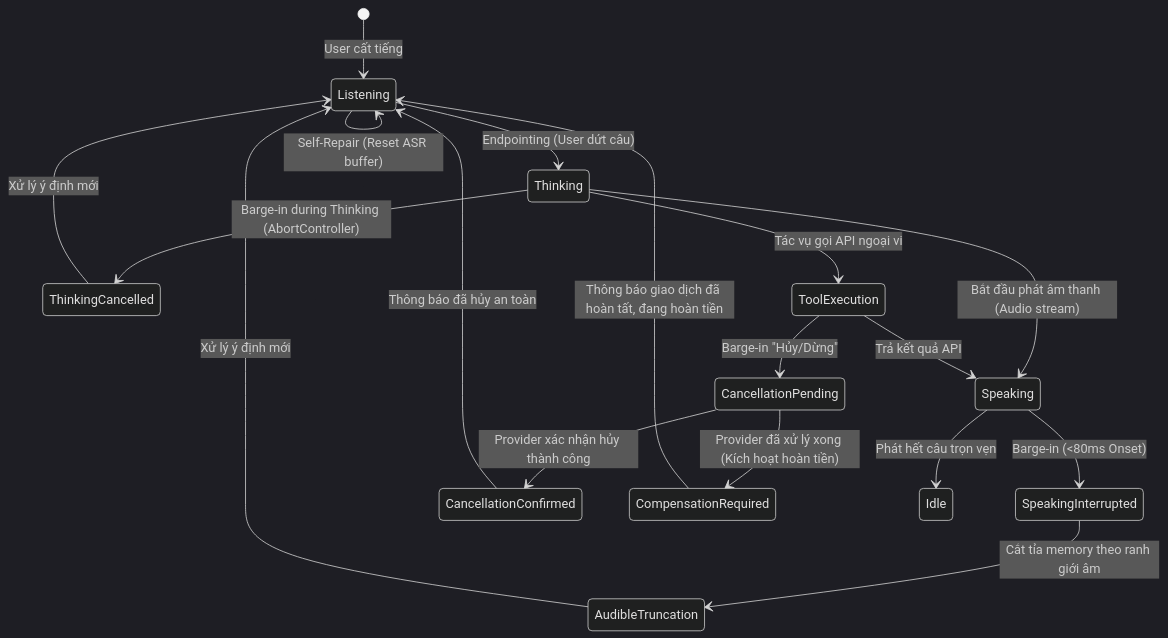
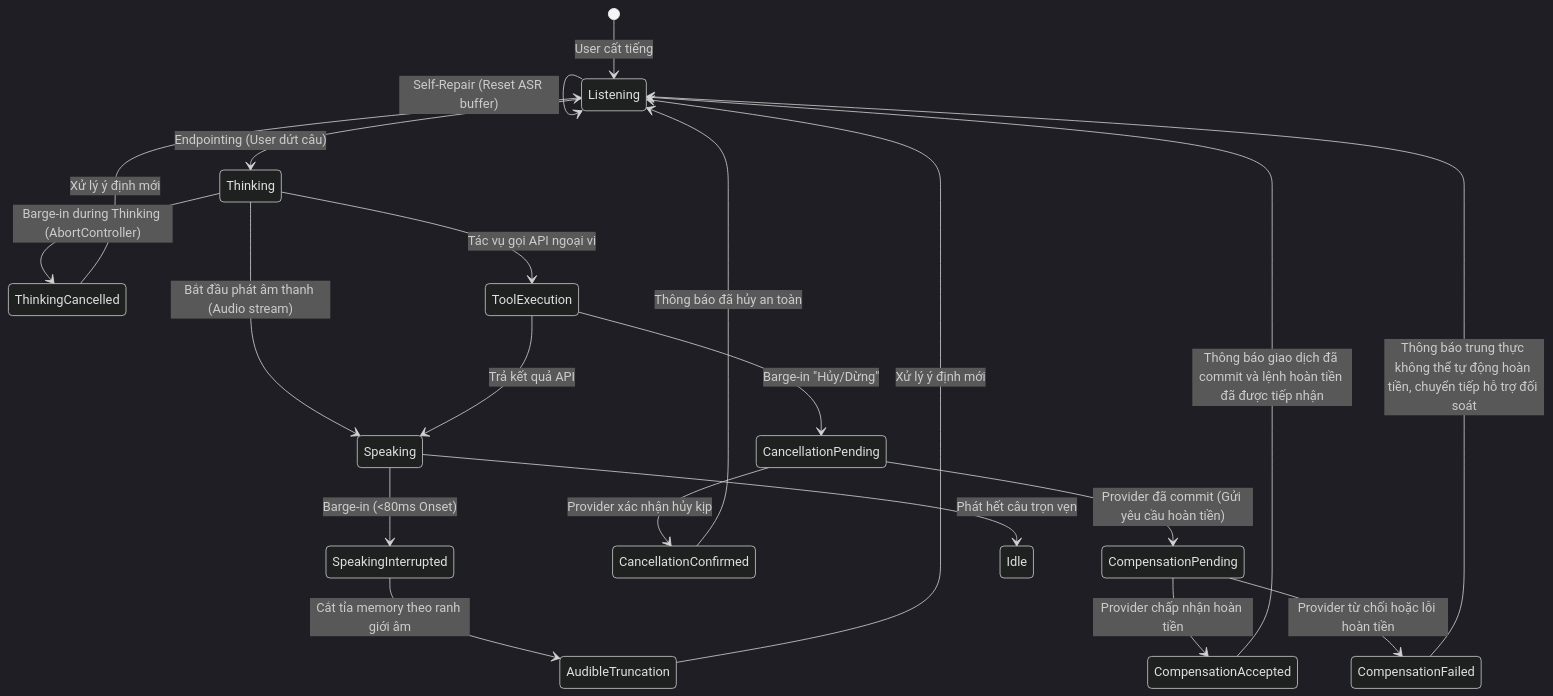
The first of 2 diagrams in 02-interaction-patterns/turn-taking-and-barge-in.md (jangtrinh/design-os-voice-ux), drawn with Mermaid (dark theme) before and after one commit. The commit also changed other lines of this file, not shown here.

Commit message:
fix(review): gate refund announcement on provider compensation acceptance

````diff
--- a/02-interaction-patterns/turn-taking-and-barge-in.md
+++ b/02-interaction-patterns/turn-taking-and-barge-in.md
@@ -32,24 +32,27 @@
 ```mermaid
 stateDiagram-v2
     [*] --> Listening: User cất tiếng
     Listening --> Listening: Self-Repair (Reset ASR buffer)
     Listening --> Thinking: Endpointing (User dứt câu)
 
     Thinking --> ThinkingCancelled: Barge-in during Thinking (AbortController)
     ThinkingCancelled --> Listening: Xử lý ý định mới
 
     Thinking --> Speaking: Bắt đầu phát âm thanh (Audio stream)
     Speaking --> SpeakingInterrupted: Barge-in (<80ms Onset)
     SpeakingInterrupted --> AudibleTruncation: Cắt tỉa memory theo ranh giới âm
     AudibleTruncation --> Listening: Xử lý ý định mới
 
     Thinking --> ToolExecution: Tác vụ gọi API ngoại vi
     ToolExecution --> CancellationPending: Barge-in "Hủy/Dừng"
-    CancellationPending --> CancellationConfirmed: Provider xác nhận hủy thành công
-    CancellationPending --> CompensationRequired: Provider đã xử lý xong (Kích hoạt hoàn tiền)
+    CancellationPending --> CancellationConfirmed: Provider xác nhận hủy kịp
+    CancellationPending --> CompensationPending: Provider đã commit (Gửi yêu cầu hoàn tiền)
     CancellationConfirmed --> Listening: Thông báo đã hủy an toàn
-    CompensationRequired --> Listening: Thông báo giao dịch đã hoàn tất, đang hoàn tiền
+    CompensationPending --> CompensationAccepted: Provider chấp nhận hoàn tiền
+    CompensationPending --> CompensationFailed: Provider từ chối hoặc lỗi hoàn tiền
+    CompensationAccepted --> Listening: Thông báo giao dịch đã commit và lệnh hoàn tiền đã được tiếp nhận
+    CompensationFailed --> Listening: Thông báo trung thực không thể tự động hoàn tiền, chuyển tiếp hỗ trợ đối soát
 
     Speaking --> Idle: Phát hết câu trọn vẹn
     ToolExecution --> Speaking: Trả kết quả API
 ```
````
